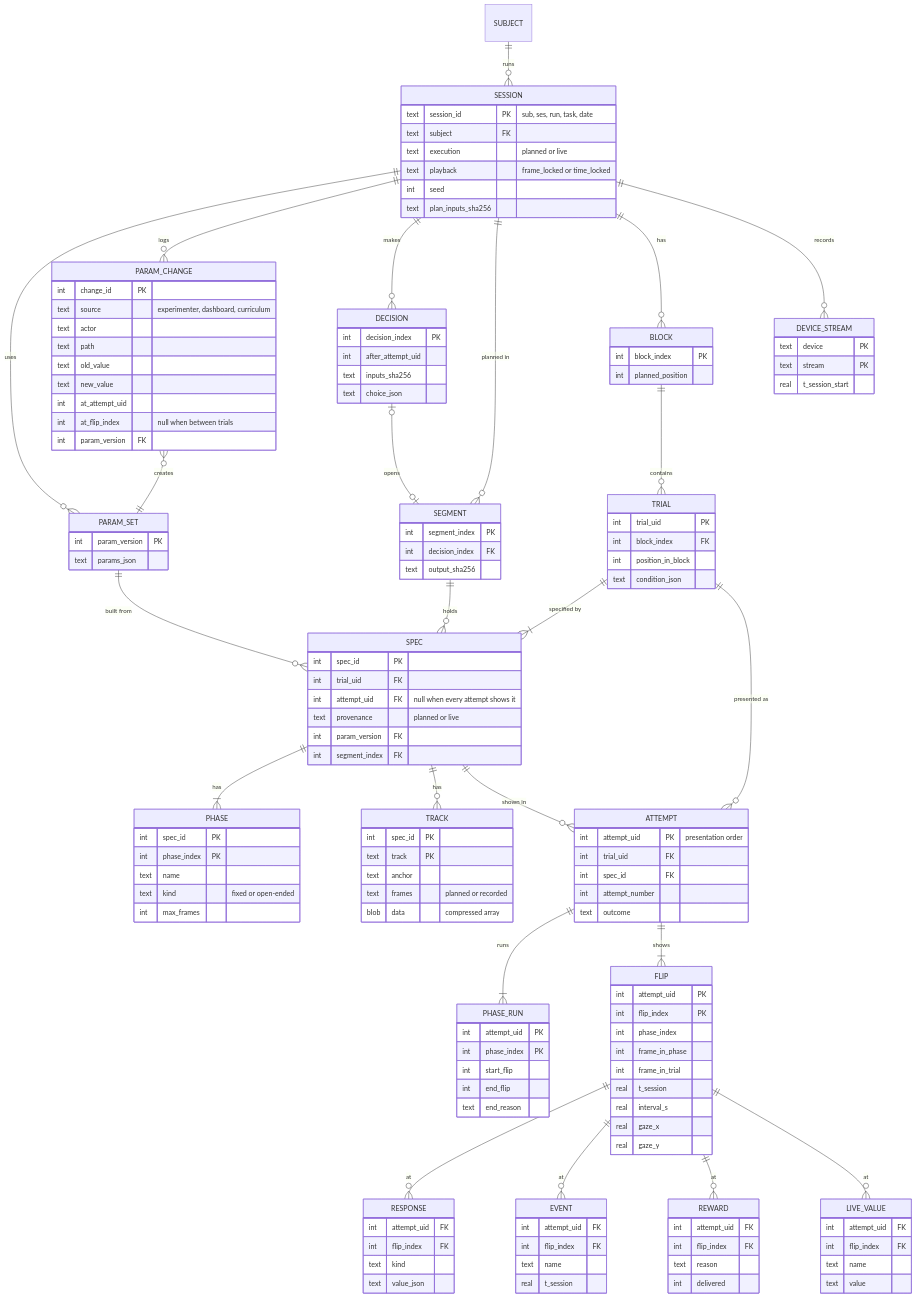
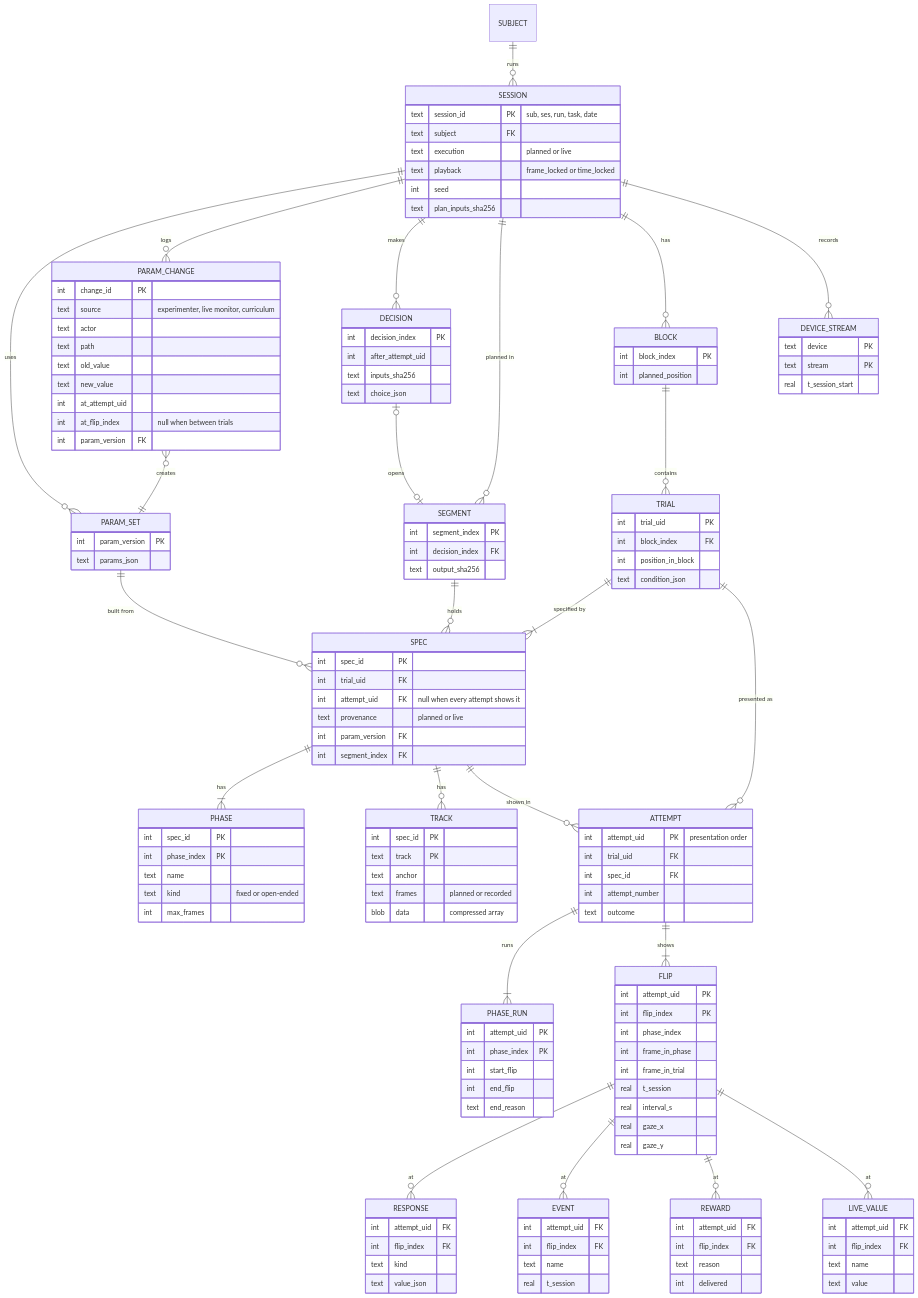
One commit to sh4r11f/alhazen changed the fourth of 6 diagrams in docs/design/precomputed-sessions.md. Above: the diagram before and after it, drawn with Mermaid. The commit also changed other lines of this file and 90 other files, not shown here.

```diff
--- a/docs/design/precomputed-sessions.md
+++ b/docs/design/precomputed-sessions.md
@@ -525,7 +525,7 @@
     }
     PARAM_CHANGE {
         int change_id PK
-        text source "experimenter, dashboard, curriculum"
+        text source "experimenter, live monitor, curriculum"
         text actor
         text path
         text old_value
```
